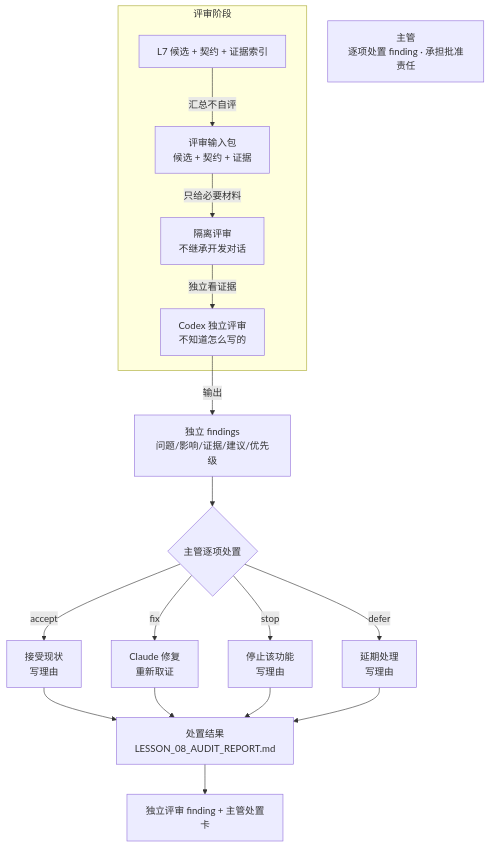
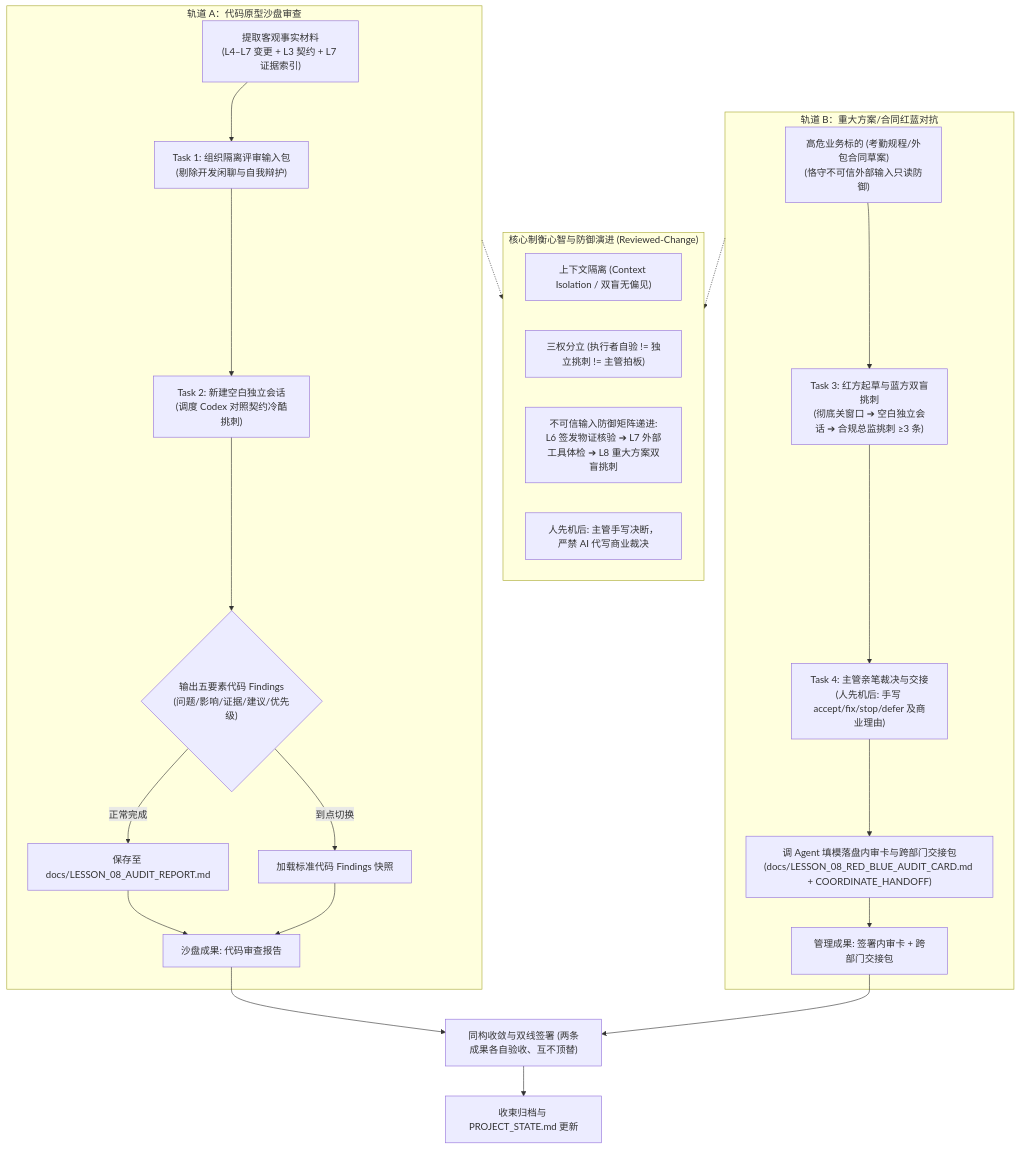
One commit to fishfuuu/ai-business-prototype-bootcamp changed the diagram in lessons/LESSON_08_GUIDE.md. Above: the diagram before and after it, drawn with Mermaid. The commit also changed other lines of this file, not shown here.

Commit message:
fix(lesson-08): fix gate numbering leakage and terminology in learner guide

````diff
--- a/lessons/LESSON_08_GUIDE.md
+++ b/lessons/LESSON_08_GUIDE.md
@@ -35,21 +34,32 @@
 ```mermaid
 flowchart TB
-    H["主管<br/>逐项处置 finding · 承担批准责任"]
-    L7["L7 候选 + 契约 + 证据索引"]
-    subgraph P["评审阶段"]
-        L7 -->|"汇总不自评"| IN["评审输入包<br/>候选 + 契约 + 证据"]
-        IN -->|"只给必要材料"| ISO["隔离评审<br/>不继承开发对话"]
-        ISO -->|"独立看证据"| CX["Codex 独立评审<br/>不知道怎么写的"]
+    subgraph TrackA["轨道 A：代码原型沙盘审查"]
+        A1["提取客观事实材料<br/>(L4–L7 变更 + L3 契约 + L7 证据索引)"] --> A2["Task 1: 组织隔离评审输入包<br/>(剔除开发闲聊与自我辩护)"]
+        A2 --> A3["Task 2: 新建空白独立会话<br/>(调度 Codex 对照契约冷酷挑刺)"]
+        A3 --> A4{"输出五要素代码 Findings<br/>(问题/影响/证据/建议/优先级)"}
+        A4 -- "正常完成" --> A5["保存至 docs/LESSON_08_AUDIT_REPORT.md"]
+        A4 -- "到点切换" --> A6["加载标准代码 Findings 快照"]
+        A5 --> AE["沙盘成果: 代码审查报告"]
+        A6 --> AE
     end
-    CX -->|"输出"| F["独立 findings<br/>问题/影响/证据/建议/优先级"]
-    F --> D{"主管逐项处置"}
-    D -- "accept" --> A["接受现状<br/>写理由"]
-    D -- "fix" --> FX["Claude 修复<br/>重新取证"]
-    D -- "stop" --> ST["停止该功能<br/>写理由"]
-    D -- "defer" --> DF["延期处理<br/>写理由"]
-    A --> R["处置结果<br/>LESSON_08_AUDIT_REPORT.md"]
-    FX --> R
-    ST --> R
-    DF --> R
-    R --> OUT["独立评审 finding + 主管处置卡"]
+
+    subgraph CoreLogic["核心制衡心智与防御演进 (Reviewed-Change)"]
+        M1["上下文隔离 (Context Isolation / 双盲无偏见)"]
+        M2["三权分立 (执行者自验 != 独立挑刺 != 主管拍板)"]
+        M3["不可信输入防御矩阵递进:<br/>L6 签发物证核验 ➔ L7 外部工具体检 ➔ L8 重大方案双盲挑刺"]
+        M4["人先机后: 主管手写决断，严禁 AI 代写商业裁决"]
+    end
+
+    subgraph TrackB["轨道 B：重大方案/合同红蓝对抗"]
+        B1["高危业务标的 (考勤规程/外包合同草案)<br/>(恪守不可信外部输入只读防御)"] --> B2["Task 3: 红方起草与蓝方双盲挑刺<br/>(彻底关窗口 ➔ 空白独立会话 ➔ 合规总监挑刺 ≥3 条)"]
+        B2 --> B3["Task 4: 主管亲笔裁决与交接<br/>(人先机后: 手写 accept/fix/stop/defer 及商业理由)"]
+        B3 --> B4["调 Agent 填模落盘内审卡与跨部门交接包<br/>(docs/LESSON_08_RED_BLUE_AUDIT_CARD.md + COORDINATE_HANDOFF)"]
+        B4 --> BE["管理成果: 签署内审卡 + 跨部门交接包"]
+    end
+
+    TrackA -.-> CoreLogic
+    TrackB -.-> CoreLogic
+    AE --> S["同构收敛与双线签署 (两条成果各自验收、互不顶替)"]
+    BE --> S
+    S --> FIN["收束归档与 PROJECT_STATE.md 更新"]
 ```
````
